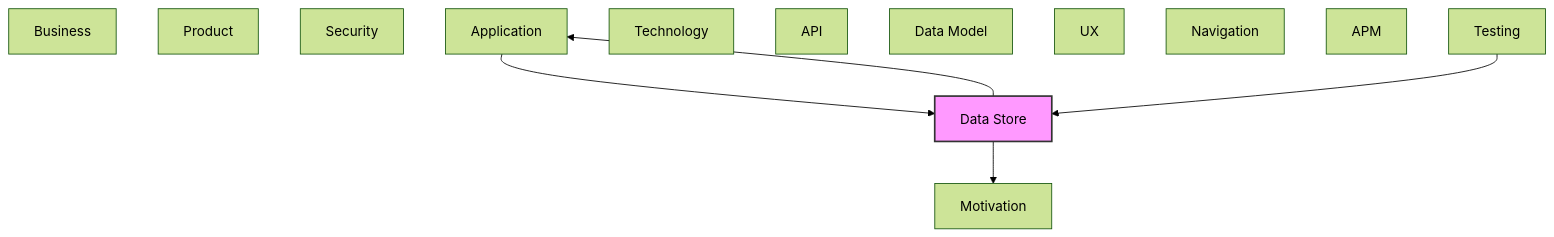
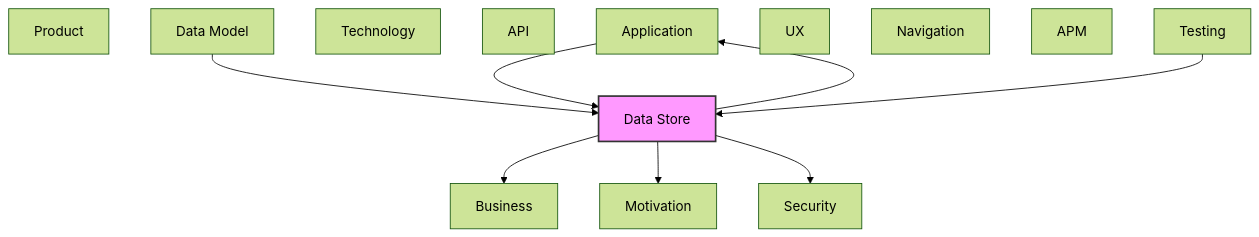
Before and after one commit to tinkermonkey/context-studio: the diagram in documentation-robotics/reports/09-data-store-layer-report.md, drawn with Mermaid (forest theme). The commit also changed other lines of this file and 93 other files, not shown here.

````diff
--- a/documentation-robotics/reports/09-data-store-layer-report.md
+++ b/documentation-robotics/reports/09-data-store-layer-report.md
@@ -70,22 +93,25 @@
 ```mermaid
 flowchart TB
   classDef current fill:#f9f,stroke:#333,stroke-width:2px
   motivation["Motivation"]
   business["Business"]
   product["Product"]
   security["Security"]
   application["Application"]
   technology["Technology"]
   api["API"]
   data_model["Data Model"]
   data_store["Data Store"]
   ux["UX"]
   navigation["Navigation"]
   apm["APM"]
   testing["Testing"]
   application --> data_store
+  data_model --> data_store
   data_store --> application
+  data_store --> business
   data_store --> motivation
+  data_store --> security
   testing --> data_store
   class data_store current
 ```
````
